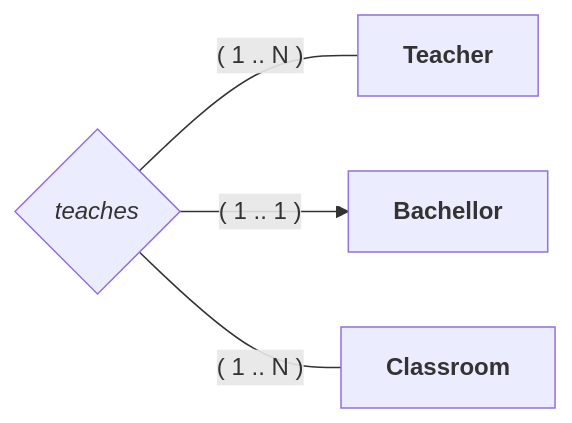
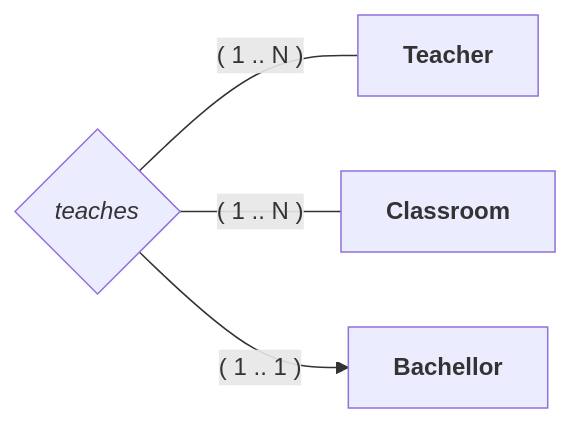
Before and after one commit to angelromarco04/MyNotes: the eighth of 9 diagrams in Programming/Databases/data/Theory/RModel.md, drawn with Mermaid. The commit also changed other lines of this file, not shown here.

````diff
--- a/Programming/Databases/data/Theory/RModel.md
+++ b/Programming/Databases/data/Theory/RModel.md
@@ -148,11 +175,11 @@
 ```mermaid
 flowchart LR
 	id2 -- ( 1 .. N ) --- id1
+	id2 -- ( 1 .. N ) --- id4
 	id2 -- ( 1 .. 1 ) --> id3
-	id2 -- ( 1 .. N ) --- id4
 
 	id1["`**Teacher**`"]
 	id2{"`*teaches*`"}
 	id3["`**Bachellor**`"]
 	id4["`**Classroom**`"]
 ```
````
